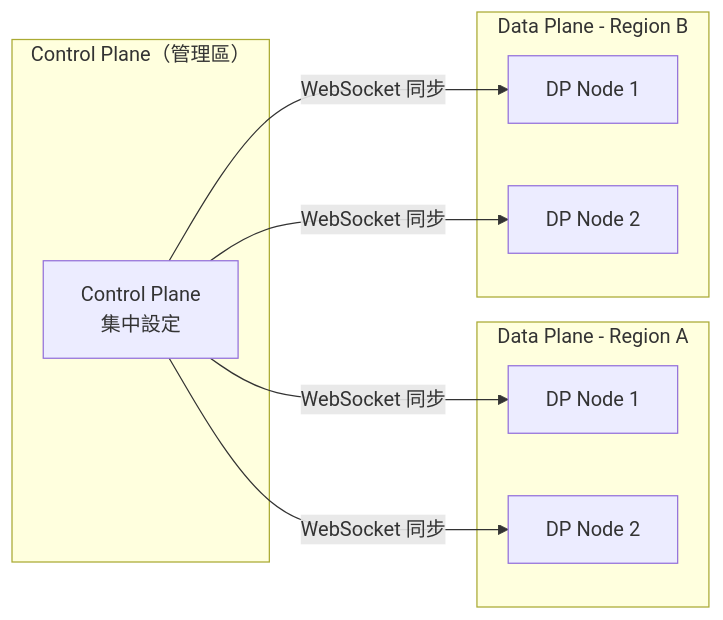
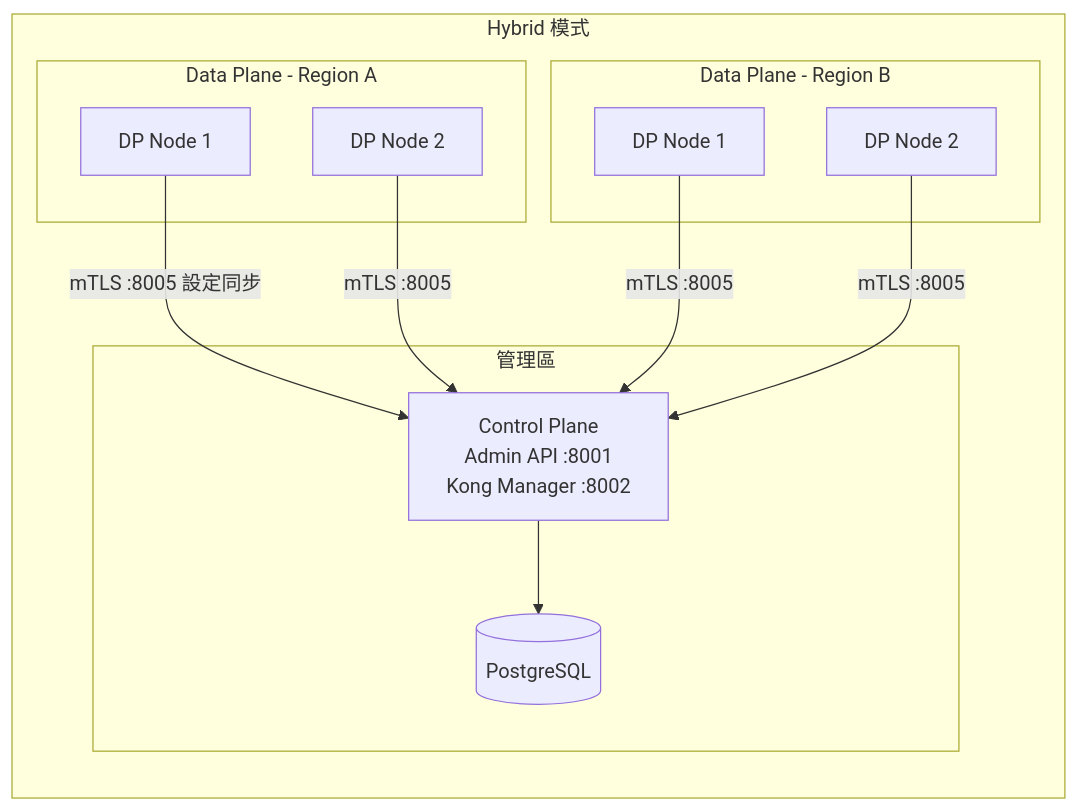
The fifth of 22 diagrams in content/posts/教學/工具/Kong API Gateway教學手冊.md (chihhung/Blog), drawn with Mermaid before and after one commit. The commit also changed other lines of this file and 10 other files, not shown here.

````diff
--- a/content/posts/教學/工具/Kong API Gateway教學手冊.md
+++ b/content/posts/教學/工具/Kong API Gateway教學手冊.md
@@ -284,21 +551,23 @@
 ```mermaid
 graph LR
-    subgraph "Control Plane（管理區）"
-        CP[Control Plane<br/>集中設定]
+    subgraph "Hybrid 模式"
+        subgraph "管理區"
+            CP[Control Plane<br/>Admin API :8001<br/>Kong Manager :8002]
+            PG[(PostgreSQL)]
+        end
+        subgraph "Data Plane - Region A"
+            DPA1[DP Node 1]
+            DPA2[DP Node 2]
+        end
+        subgraph "Data Plane - Region B"
+            DPB1[DP Node 1]
+            DPB2[DP Node 2]
+        end
     end
-    
-    subgraph "Data Plane - Region A"
-        DP_A1[DP Node 1]
-        DP_A2[DP Node 2]
-    end
-    
-    subgraph "Data Plane - Region B"
-        DP_B1[DP Node 1]
-        DP_B2[DP Node 2]
-    end
-    
-    CP -->|WebSocket 同步| DP_A1
-    CP -->|WebSocket 同步| DP_A2
-    CP -->|WebSocket 同步| DP_B1
-    CP -->|WebSocket 同步| DP_B2
+
+    CP --> PG
+    DPA1 -->|mTLS :8005 設定同步| CP
+    DPA2 -->|mTLS :8005| CP
+    DPB1 -->|mTLS :8005| CP
+    DPB2 -->|mTLS :8005| CP
 ```
````
